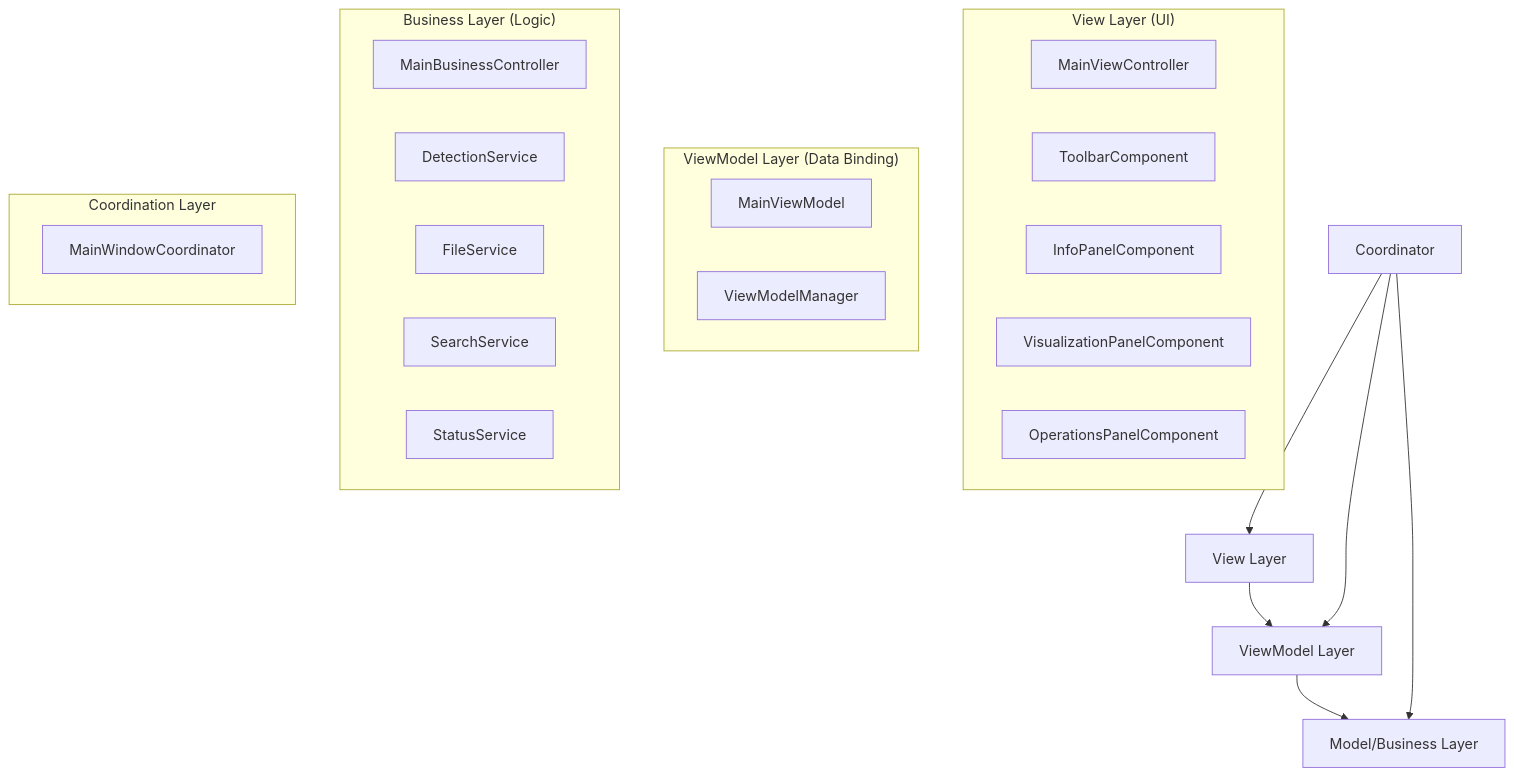
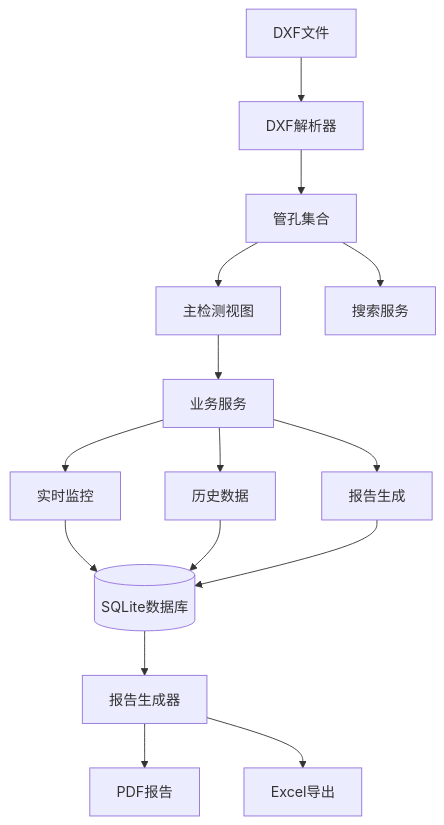
Before and after one commit to zqy-288/AIDCIS3-LFS: the diagram in README.md, drawn with Mermaid. The commit also changed other lines of this file and 88 other files, not shown here.

````diff
--- a/README.md
+++ b/README.md
@@ -29,33 +154,20 @@
 ```mermaid
 graph TB
-    V[View Layer] --> VM[ViewModel Layer]
-    VM --> M[Model/Business Layer]
-    C[Coordinator] --> V
-    C --> VM
-    C --> M
+    DXF[DXF文件] --> Parser[DXF解析器]
+    Parser --> HoleCollection[管孔集合]
+    HoleCollection --> P1[主检测视图]
+    HoleCollection --> SearchService[搜索服务]
     
-    subgraph "View Layer (UI)"
-        VC[MainViewController]
-        TC[ToolbarComponent]
-        IP[InfoPanelComponent]
-        VP[VisualizationPanelComponent]
-        OP[OperationsPanelComponent]
-    end
+    P1 --> BusinessService[业务服务]
+    BusinessService --> P2[实时监控]
+    BusinessService --> P3[历史数据]
+    BusinessService --> P4[报告生成]
     
-    subgraph "ViewModel Layer (Data Binding)"
-        MVM[MainViewModel]
-        VMM[ViewModelManager]
-    end
+    P2 --> Database[(SQLite数据库)]
+    P3 --> Database
+    P4 --> Database
     
-    subgraph "Business Layer (Logic)"
-        MBC[MainBusinessController]
-        DS[DetectionService]
-        FS[FileService]
-        SS[SearchService]
-        STS[StatusService]
-    end
-    
-    subgraph "Coordination Layer"
-        MWC[MainWindowCoordinator]
-    end
+    Database --> ReportGen[报告生成器]
+    ReportGen --> PDF[PDF报告]
+    ReportGen --> Excel[Excel导出]
 ```
````
